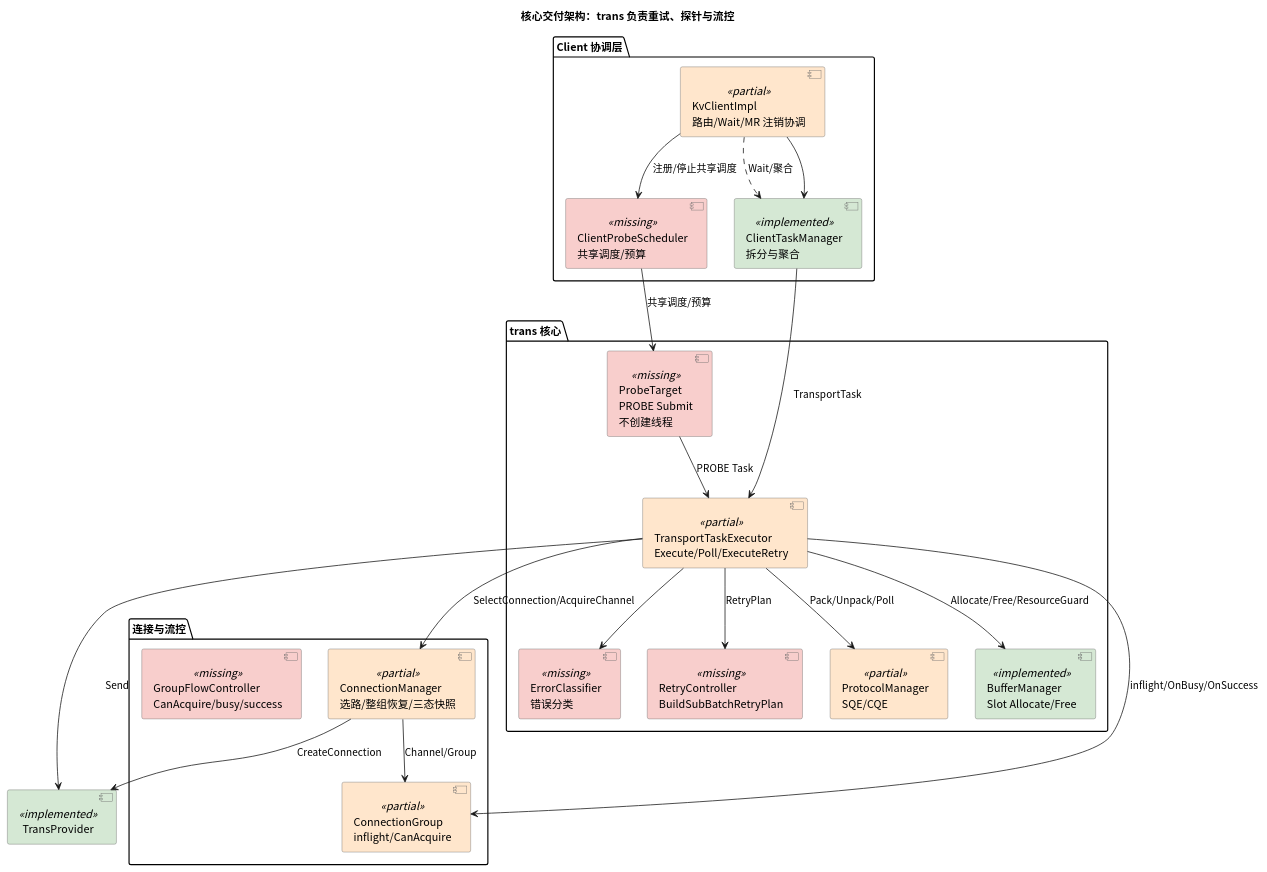
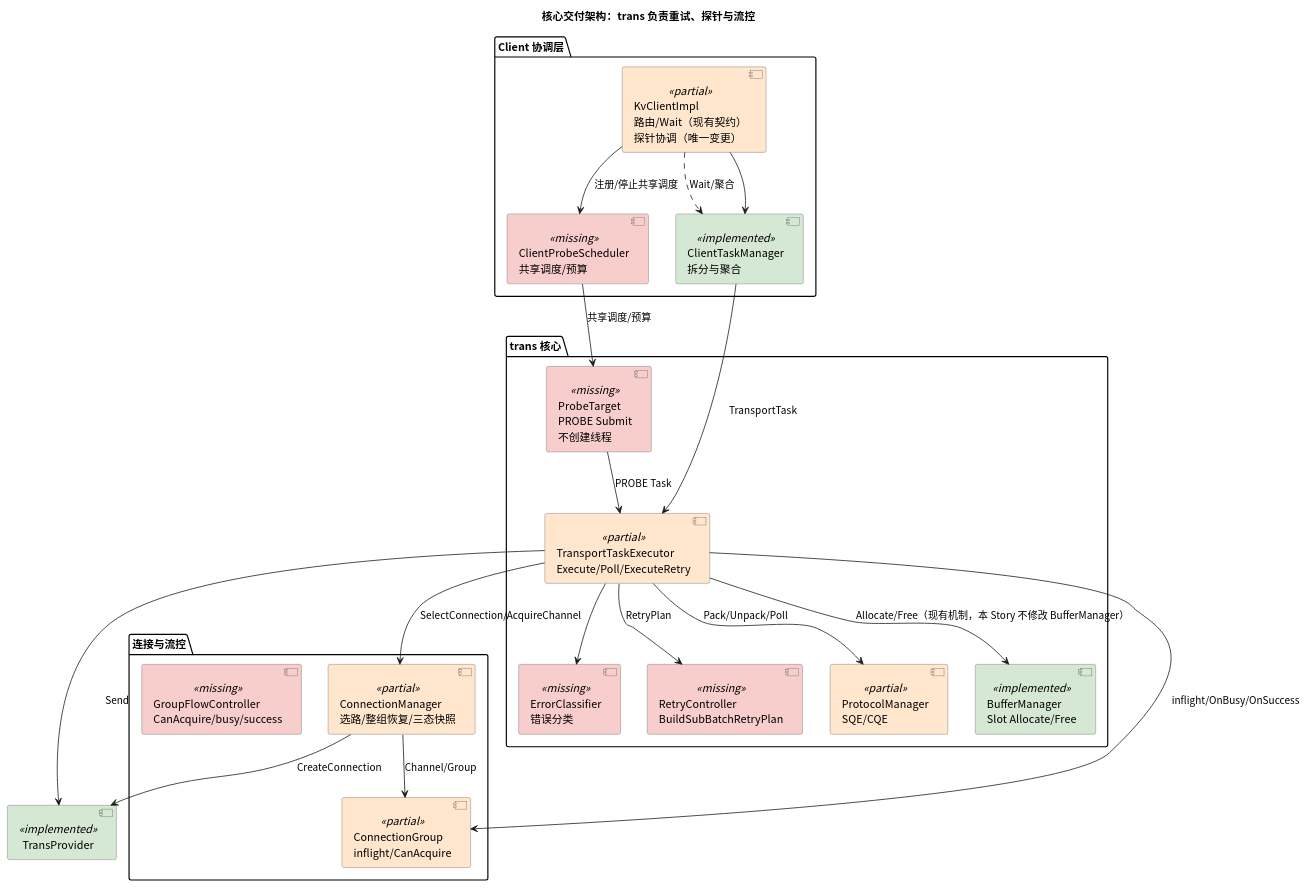
Before and after one commit to Shiqt233/unified-cache-management: the first of 6 diagrams in kv_semantics/docs/SR20261025425863软件Story设计说明书.md, drawn with PlantUML. The commit also changed other lines of this file, not shown here.

````diff
--- a/kv_semantics/docs/SR20261025425863软件Story设计说明书.md
+++ b/kv_semantics/docs/SR20261025425863软件Story设计说明书.md
@@ -136,47 +133,47 @@
 ```plantuml
 @startuml
 title 核心交付架构：trans 负责重试、探针与流控
 skinparam component {
   BackgroundColor<<implemented>> #D5E8D4
   BackgroundColor<<partial>> #FFE6CC
   BackgroundColor<<missing>> #F8CECC
   BorderColor #666666
 }
 skinparam defaultFontName "Noto Sans CJK SC"
 package "Client 协调层" {
-  [KvClientImpl\n路由/Wait/MR 注销协调] as client <<partial>>
+  [KvClientImpl\n路由/Wait（现有契约）\n探针协调（唯一变更）] as client <<partial>>
   [ClientTaskManager\n拆分与聚合] as ctm <<implemented>>
   [ClientProbeScheduler\n共享调度/预算] as probe <<missing>>
 }
 package "trans 核心" {
   [TransportTaskExecutor\nExecute/Poll/ExecuteRetry] as executor <<partial>>
   [ErrorClassifier\n错误分类] as classifier <<missing>>
   [RetryController\nBuildSubBatchRetryPlan] as retry <<missing>>
   [ProbeTarget\nPROBE Submit\n不创建线程] as probeTarget <<missing>>
   [ProtocolManager\nSQE/CQE] as protocol <<partial>>
   [BufferManager\nSlot Allocate/Free] as buffer <<implemented>>
 }
 package "连接与流控" {
   [ConnectionManager\n选路/整组恢复/三态快照] as conn <<partial>>
   [ConnectionGroup\ninflight/CanAcquire] as group <<partial>>
   [GroupFlowController\nCanAcquire/busy/success] as flow <<missing>>
 }
 [TransProvider] as provider <<implemented>>
 
 client --> ctm
 ctm --> executor : TransportTask
 executor --> classifier
 executor --> retry : RetryPlan
 executor --> conn : SelectConnection/AcquireChannel
 executor --> protocol : Pack/Unpack/Poll
-executor --> buffer : Allocate/Free/ResourceGuard
+executor --> buffer : Allocate/Free（现有机制，本 Story 不修改 BufferManager）
 executor --> group : inflight/OnBusy/OnSuccess
 conn --> group : Channel/Group
 probe --> probeTarget : 共享调度/预算
 probeTarget --> executor : PROBE Task
 executor --> provider : Send
 conn --> provider : CreateConnection
 client --> probe : 注册/停止共享调度
 client ..> ctm : Wait/聚合
 @enduml
 ```
````
